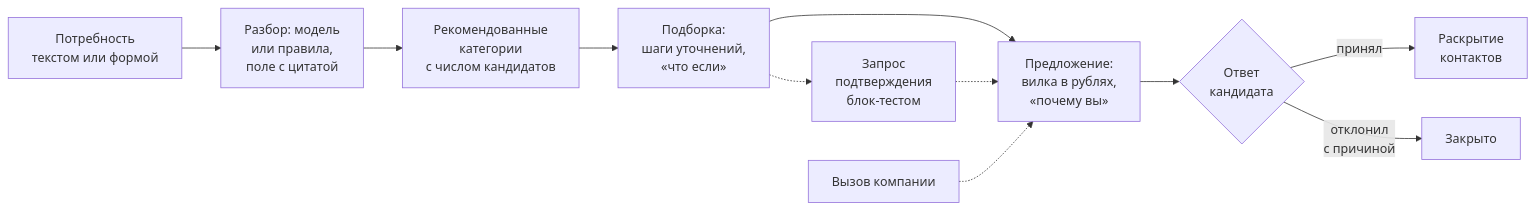
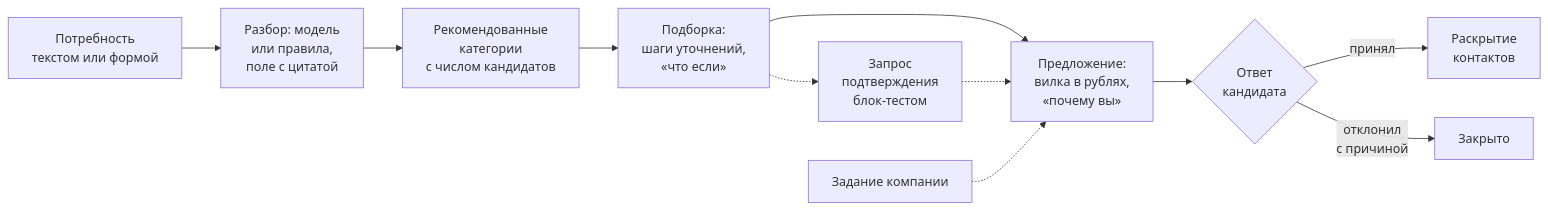
Before and after one commit to volkv/fsp-2026: the first of 2 diagrams in docs/submission/05-matching.md, drawn with Mermaid. The commit also changed other lines of this file and 6 other files, not shown here.

````diff
--- a/docs/submission/05-matching.md
+++ b/docs/submission/05-matching.md
@@ -49,13 +49,13 @@
 ```mermaid
 flowchart LR
   Need["Потребность<br/>текстом или формой"] --> Parse["Разбор: модель<br/>или правила,<br/>поле с цитатой"]
   Parse --> Cats["Рекомендованные<br/>категории<br/>с числом кандидатов"]
   Cats --> List["Подборка:<br/>шаги уточнений,<br/>«что если»"]
   List --> Offer["Предложение:<br/>вилка в рублях,<br/>«почему вы»"]
   Offer --> Answer{"Ответ<br/>кандидата"}
   Answer -->|"принял"| Contacts["Раскрытие<br/>контактов"]
   Answer -->|"отклонил<br/>с причиной"| Closed["Закрыто"]
   List -.-> Confirm["Запрос<br/>подтверждения<br/>блок-тестом"]
   Confirm -.-> Offer
-  Challenge["Вызов компании"] -.-> Offer
+  Challenge["Задание компании"] -.-> Offer
 ```
````
